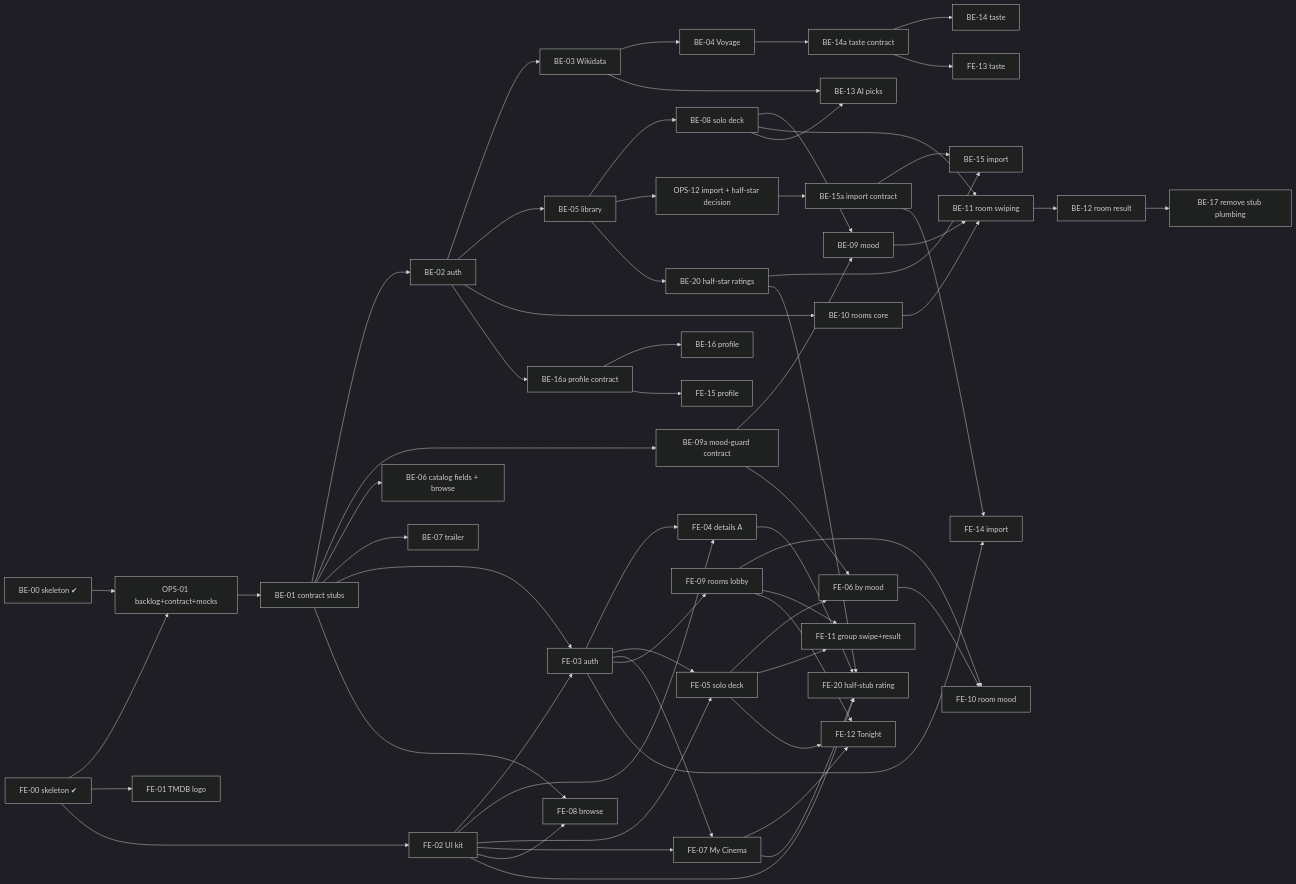
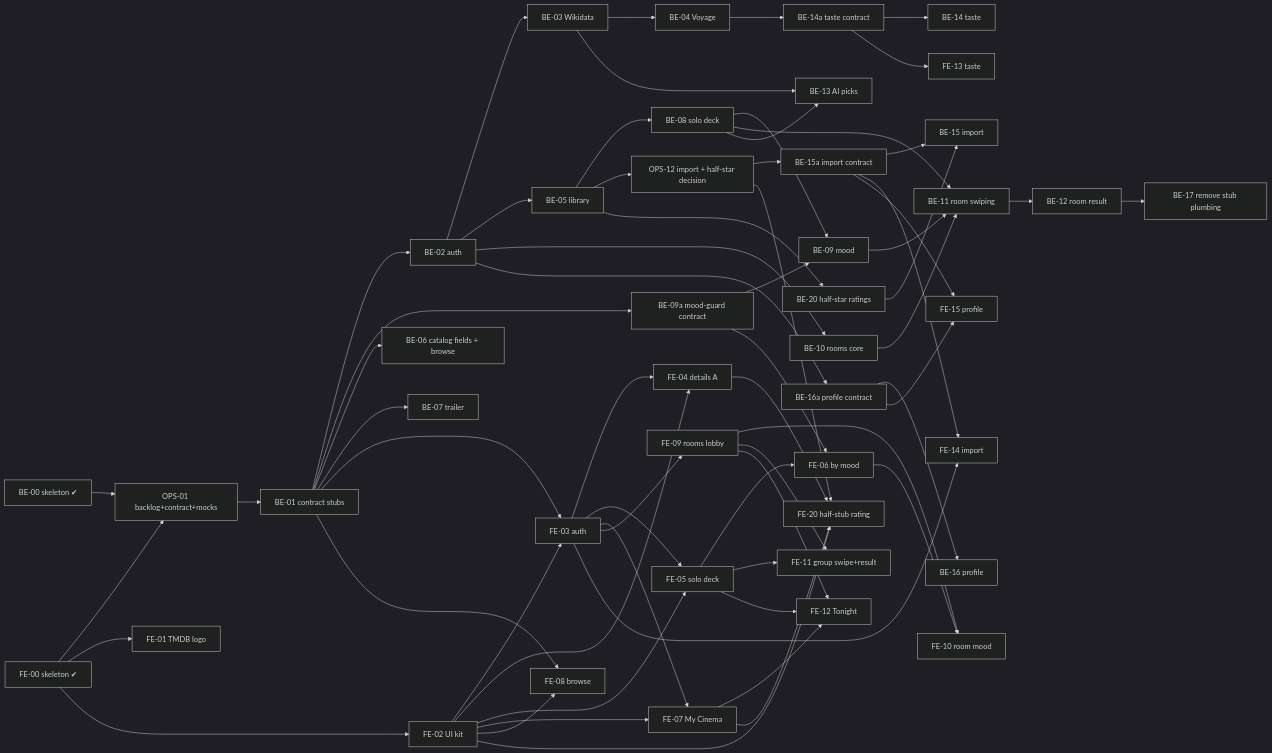
Before and after one commit to osamashtayat/lthaca: the diagram in docs/backlog.md, drawn with Mermaid (dark theme). The commit also changed other lines of this file and 4 other files, not shown here.

Commit message:
[OPS-12] Address architecture review; OPS-12 Done

````diff
--- a/docs/backlog.md
+++ b/docs/backlog.md
@@ -20,36 +20,37 @@
 ```mermaid
 flowchart LR
   BE00[BE-00 skeleton ✔] --> OPS01[OPS-01 backlog+contract+mocks] --> BE01[BE-01 contract stubs]
   FE00[FE-00 skeleton ✔] --> OPS01
   BE01 --> BE02[BE-02 auth] --> BE03[BE-03 Wikidata] --> BE04[BE-04 Voyage]
   BE02 --> BE05[BE-05 library] --> BE08[BE-08 solo deck] --> BE09[BE-09 mood]
   BE01 --> BE09a[BE-09a mood-guard contract] --> BE09
   BE09a --> FE06
   BE01 --> BE06[BE-06 catalog fields + browse]
   BE01 --> BE07[BE-07 trailer]
   BE02 --> BE10[BE-10 rooms core] --> BE11[BE-11 room swiping] --> BE12[BE-12 room result]
   BE08 --> BE11
   BE09 --> BE11
   BE03 & BE08 --> BE13[BE-13 AI picks]
   BE04 --> BE14a[BE-14a taste contract] --> BE14[BE-14 taste]
   OPS12[OPS-12 import + half-star decision] --> BE15a[BE-15a import contract] --> BE15[BE-15 import]
   BE05 --> OPS12
   BE05 --> BE20[BE-20 half-star ratings] --> BE15
   BE02 --> BE16a[BE-16a profile contract] --> BE16[BE-16 profile]
   BE12 --> BE17[BE-17 remove stub plumbing]
 
   FE00 --> FE01[FE-01 TMDB logo] & FE02[FE-02 UI kit]
   BE01 --> FE03[FE-03 auth] & FE08[FE-08 browse]
   FE02 --> FE03 & FE04[FE-04 details A] & FE05[FE-05 solo deck] & FE07[FE-07 My Cinema] & FE08
   FE03 --> FE04 & FE05 & FE07 & FE09[FE-09 rooms lobby]
   FE05 --> FE06[FE-06 by mood] & FE11[FE-11 group swipe+result]
   FE09 --> FE10[FE-10 room mood] & FE11
   FE06 --> FE10
   FE05 & FE07 & FE09 --> FE12[FE-12 Tonight]
   BE14a --> FE13[FE-13 taste]
   BE15a --> FE14[FE-14 import]
   FE03 --> FE14
-  BE20 --> FE20[FE-20 half-stub rating]
+  OPS12 --> FE20[FE-20 half-stub rating]
   FE02 & FE04 & FE07 --> FE20
   BE16a --> FE15[FE-15 profile]
+  BE15a --> FE15
 ```
````
